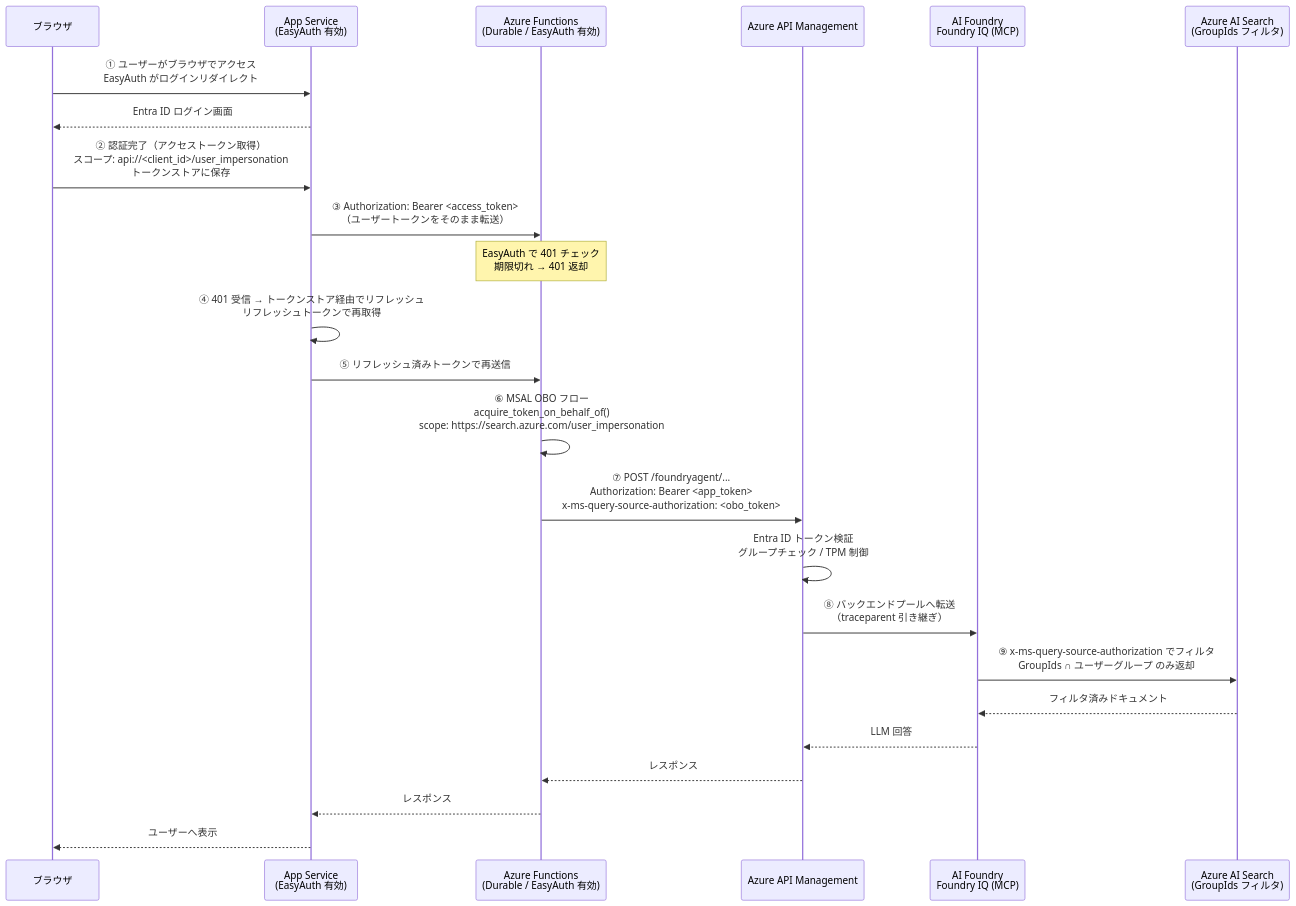
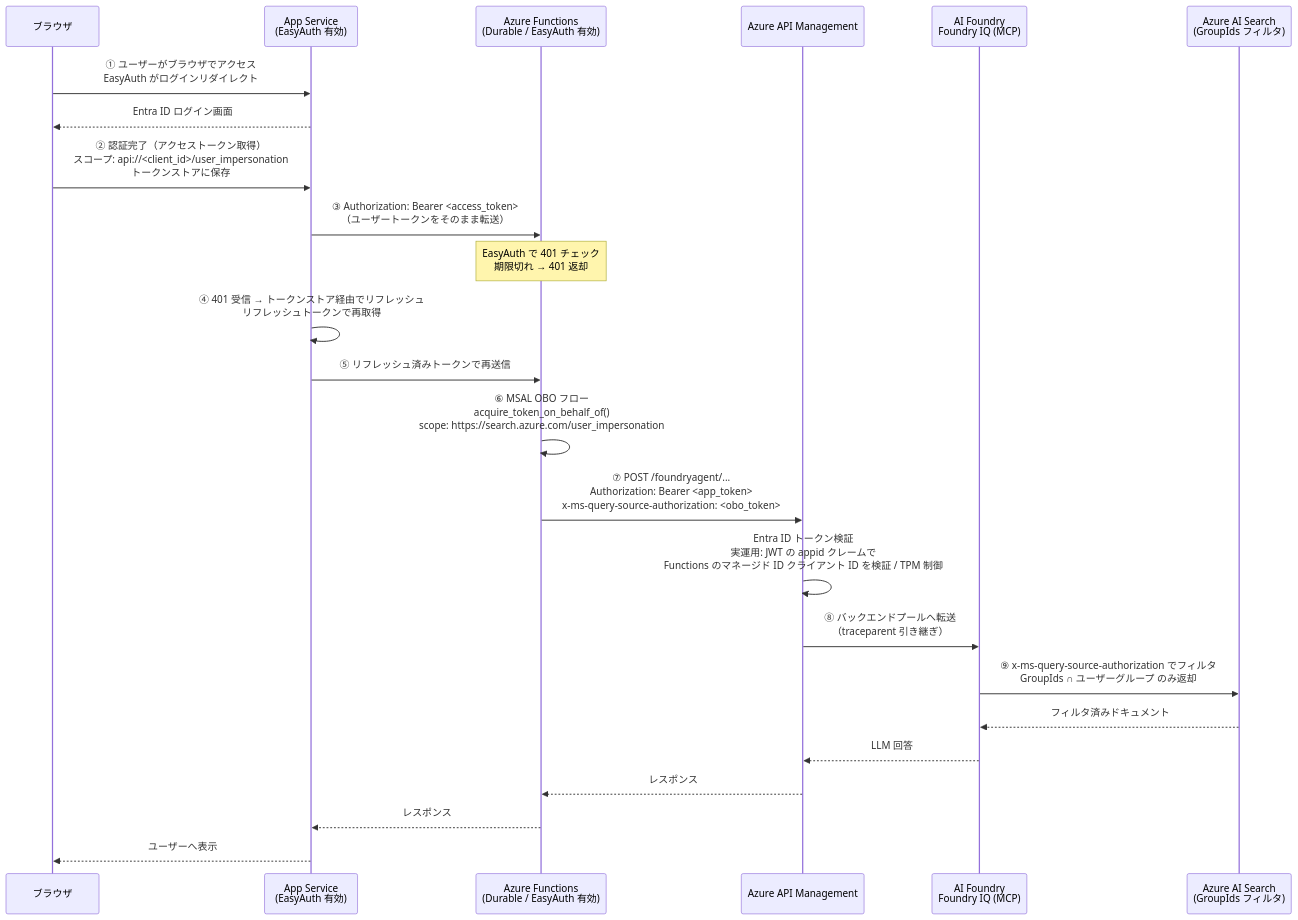
Before and after one commit to apc-n-orita/msfoundry-docsacl-apim: the diagram in handson/tech/01_obo_flow.md, drawn with Mermaid. The commit also changed other lines of this file, not shown here.

````diff
--- a/handson/tech/01_obo_flow.md
+++ b/handson/tech/01_obo_flow.md
@@ -12,31 +12,31 @@
 ```mermaid
 sequenceDiagram
     participant Browser as ブラウザ
     participant AppSvc as App Service<br/>(EasyAuth 有効)
     participant Func as Azure Functions<br/>(Durable / EasyAuth 有効)
     participant APIM as Azure API Management
     participant Foundry as AI Foundry<br/>Foundry IQ (MCP)
     participant AIS as Azure AI Search<br/>(GroupIds フィルタ)
 
     Browser->>AppSvc: ① ユーザーがブラウザでアクセス<br/>EasyAuth がログインリダイレクト
     AppSvc-->>Browser: Entra ID ログイン画面
     Browser->>AppSvc: ② 認証完了（アクセストークン取得）<br/>スコープ: api://<client_id>/user_impersonation<br/>トークンストアに保存
 
     AppSvc->>Func: ③ Authorization: Bearer <access_token><br/>（ユーザートークンをそのまま転送）
     Note over Func: EasyAuth で 401 チェック<br/>期限切れ → 401 返却
 
     AppSvc->>AppSvc: ④ 401 受信 → トークンストア経由でリフレッシュ<br/>リフレッシュトークンで再取得
     AppSvc->>Func: ⑤ リフレッシュ済みトークンで再送信
 
     Func->>Func: ⑥ MSAL OBO フロー<br/>acquire_token_on_behalf_of()<br/>scope: https://search.azure.com/user_impersonation
 
     Func->>APIM: ⑦ POST /foundryagent/...<br/>Authorization: Bearer <app_token><br/>x-ms-query-source-authorization: <obo_token>
-    APIM->>APIM: Entra ID トークン検証<br/>グループチェック / TPM 制御
+    APIM->>APIM: Entra ID トークン検証<br/>実運用: JWT の appid クレームで<br/>Functions のマネージド ID クライアント ID を検証 / TPM 制御
     APIM->>Foundry: ⑧ バックエンドプールへ転送<br/>（traceparent 引き継ぎ）
     Foundry->>AIS: ⑨ x-ms-query-source-authorization でフィルタ<br/>GroupIds ∩ ユーザーグループ のみ返却
     AIS-->>Foundry: フィルタ済みドキュメント
     Foundry-->>APIM: LLM 回答
     APIM-->>Func: レスポンス
     Func-->>AppSvc: レスポンス
     AppSvc-->>Browser: ユーザーへ表示
 ```
````
